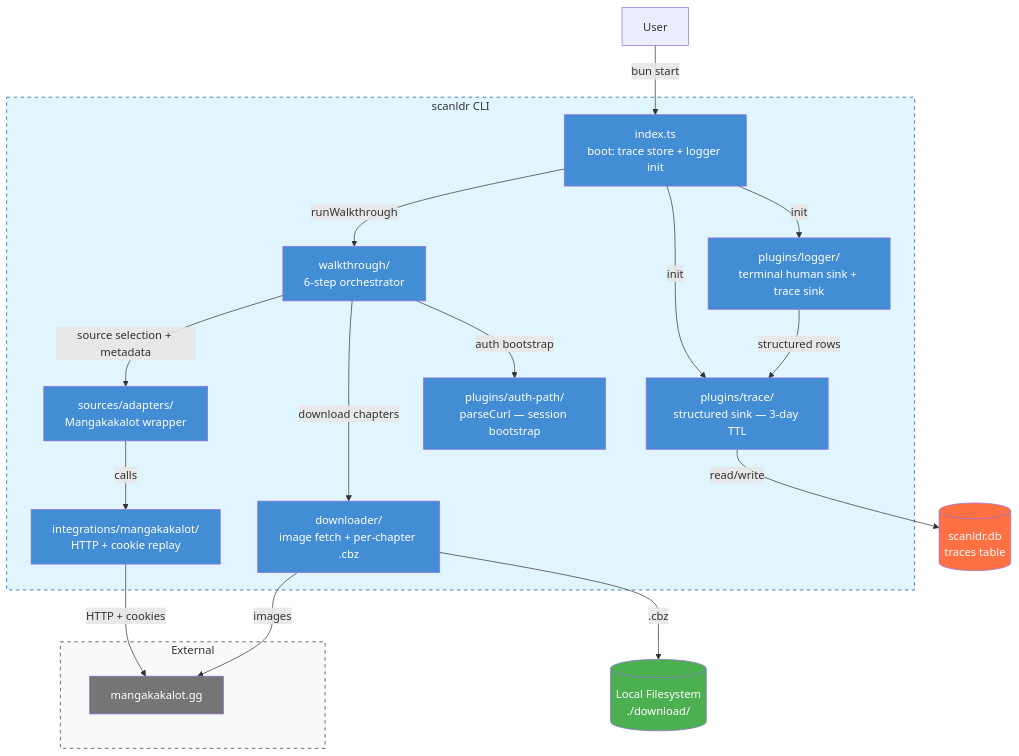
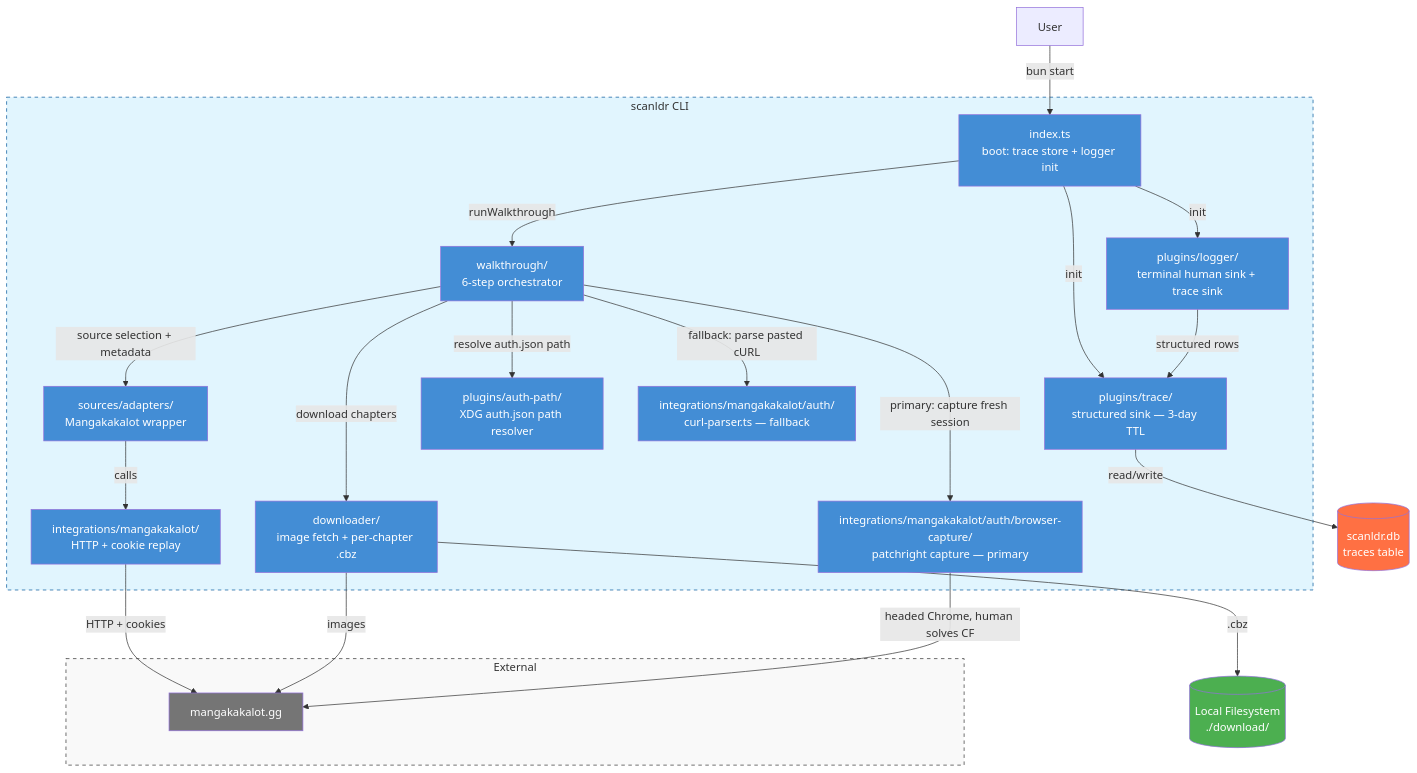
One commit to malaquiasdev/scanldr changed the second of 2 diagrams in docs/architecture_c4.md. Above: the diagram before and after it, drawn with Mermaid. The commit also changed other lines of this file and 5 other files, not shown here.

First line of the commit message:
docs: sync auth + grouping docs to v1.2.0 (patchright primary, cURL fallback) (#212)

````diff
--- a/docs/architecture_c4.md
+++ b/docs/architecture_c4.md
@@ -34,53 +36,60 @@
 ```mermaid
 graph TD
     User[User]
 
     subgraph scanldr [scanldr CLI]
         Index[index.ts<br/>boot: trace store + logger init]
         Walkthrough[walkthrough/<br/>6-step orchestrator]
         SourceAdapters[sources/adapters/<br/>Mangakakalot wrapper]
         MangakakalotClient[integrations/mangakakalot/<br/>HTTP + cookie replay]
         Downloader[downloader/<br/>image fetch + per-chapter .cbz]
         TraceStore[plugins/trace/<br/>structured sink — 3-day TTL]
         Logger[plugins/logger/<br/>terminal human sink + trace sink]
-        AuthPath[plugins/auth-path/<br/>parseCurl — session bootstrap]
+        AuthPath[plugins/auth-path/<br/>XDG auth.json path resolver]
+        BrowserCapture[integrations/mangakakalot/auth/browser-capture/<br/>patchright capture — primary]
+        CurlParser[integrations/mangakakalot/auth/<br/>curl-parser.ts — fallback]
     end
 
     subgraph External
         FallbackSite[mangakakalot.gg]
     end
 
     DB[(scanldr.db<br/>traces table)]
     FS[(Local Filesystem<br/>./download/)]
 
     User -->|bun start| Index
     Index -->|init| TraceStore
     Index -->|init| Logger
     Index -->|runWalkthrough| Walkthrough
 
     Walkthrough -->|source selection + metadata| SourceAdapters
     SourceAdapters -->|calls| MangakakalotClient
     MangakakalotClient -->|HTTP + cookies| FallbackSite
 
     Walkthrough -->|download chapters| Downloader
     Downloader -->|images| FallbackSite
     Downloader -->|.cbz| FS
 
-    Walkthrough -->|auth bootstrap| AuthPath
+    Walkthrough -->|resolve auth.json path| AuthPath
+    Walkthrough -->|primary: capture fresh session| BrowserCapture
+    BrowserCapture -->|headed Chrome, human solves CF| FallbackSite
+    Walkthrough -->|fallback: parse pasted cURL| CurlParser
     Logger -->|structured rows| TraceStore
     TraceStore -->|read/write| DB
 
     style scanldr fill:#e1f5fe,stroke:#01579b,stroke-dasharray: 5 5
     style External fill:#f9f9f9,stroke:#333,stroke-dasharray: 5 5
     style Index fill:#438dd5,color:#fff
     style Walkthrough fill:#438dd5,color:#fff
     style SourceAdapters fill:#438dd5,color:#fff
     style MangakakalotClient fill:#438dd5,color:#fff
     style Downloader fill:#438dd5,color:#fff
     style TraceStore fill:#438dd5,color:#fff
     style Logger fill:#438dd5,color:#fff
     style AuthPath fill:#438dd5,color:#fff
+    style BrowserCapture fill:#438dd5,color:#fff
+    style CurlParser fill:#438dd5,color:#fff
     style FallbackSite fill:#757575,color:#fff
     style DB fill:#ff7043,color:#fff
     style FS fill:#4caf50,color:#fff
 ```
````
